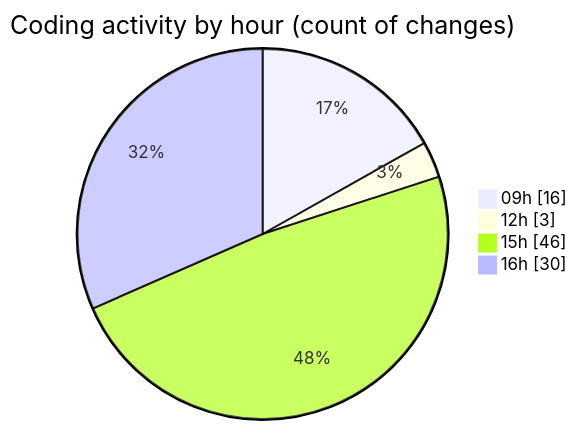
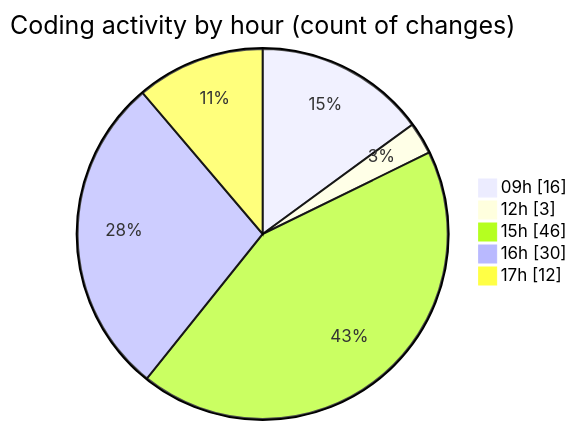
One commit to momahboobian/code-tracking changed the second of 2 diagrams in 2025-07-08/cda/README.md. Above: the diagram before and after it, drawn with Mermaid. The commit also changed other lines of this file and 1 other file, not shown here.

````diff
--- a/2025-07-08/cda/README.md
+++ b/2025-07-08/cda/README.md
@@ -55,8 +56,9 @@
 ```mermaid
 pie showData
 title Coding activity by hour (count of changes)
 "09h" : 16
 "12h" : 3
 "15h" : 46
 "16h" : 30
+"17h" : 12
 ```
````
